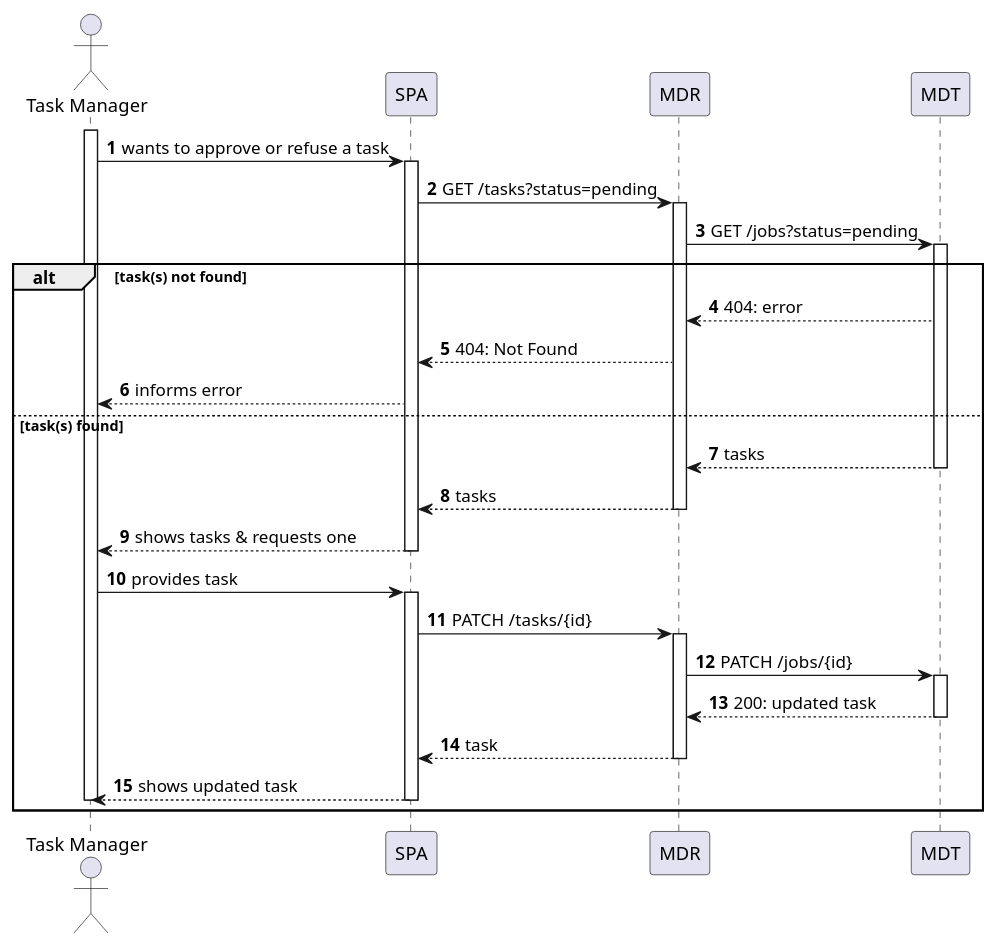
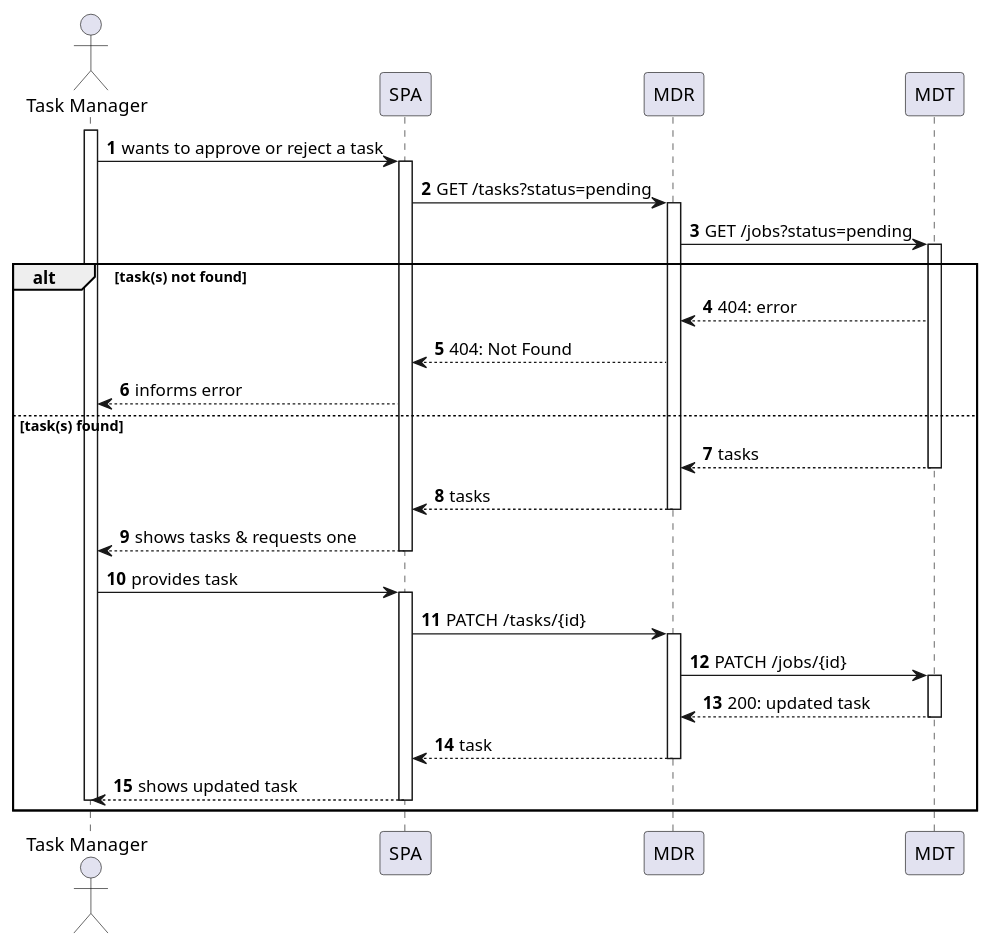
One commit to Departamento-de-Engenharia-Informatica/lapr5-23-24-g19 changed the diagram in docs/us470/level2/process-view.puml. Above: the diagram before and after it, drawn with PlantUML. The commit also changed 4 other files, not shown here.

```diff
--- a/docs/us470/level2/process-view.puml
+++ b/docs/us470/level2/process-view.puml
@@ -1,51 +1,51 @@
 @startuml
 autonumber
 
 actor "Task Manager" as usr
 
 participant "SPA" as ui
 participant "MDR" as mdr
 participant "MDT" as mdt
 
 activate usr
-    usr -> ui : wants to approve or refuse a task
+    usr -> ui : wants to approve or reject a task
     activate ui
         ui -> mdr : GET /tasks?status=pending
         activate mdr
             mdr -> mdt : GET /jobs?status=pending
 
             activate mdt
 
 alt task(s) not found
                 mdt --> mdr : 404: error
                 mdr --> ui : 404: Not Found
                 ui --> usr: informs error
 
 else task(s) found
                 mdt --> mdr : tasks
             deactivate mdt
 
             mdr --> ui : tasks
         deactivate mdr
 
         ui --> usr : shows tasks & requests one
     deactivate ui
 
     usr -> ui : provides task
     activate ui
         ui -> mdr : PATCH /tasks/{id}
         activate mdr
             mdr -> mdt : PATCH /jobs/{id}
             activate mdt
                 mdt --> mdr : 200: updated task
             deactivate mdt
 
             mdr --> ui : task
         deactivate mdr
 
             ui --> usr : shows updated task
     deactivate ui
 deactivate usr
 end
 
 @enduml
```
